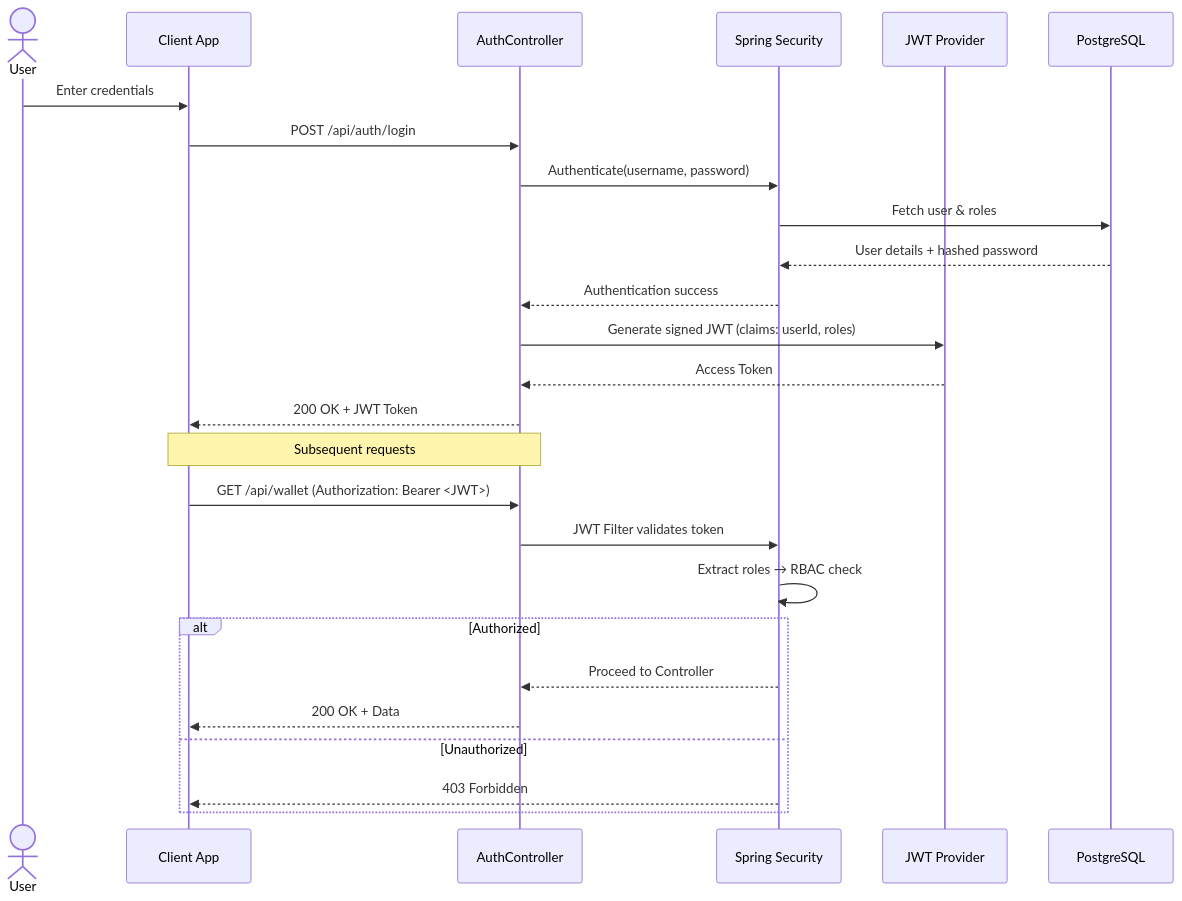
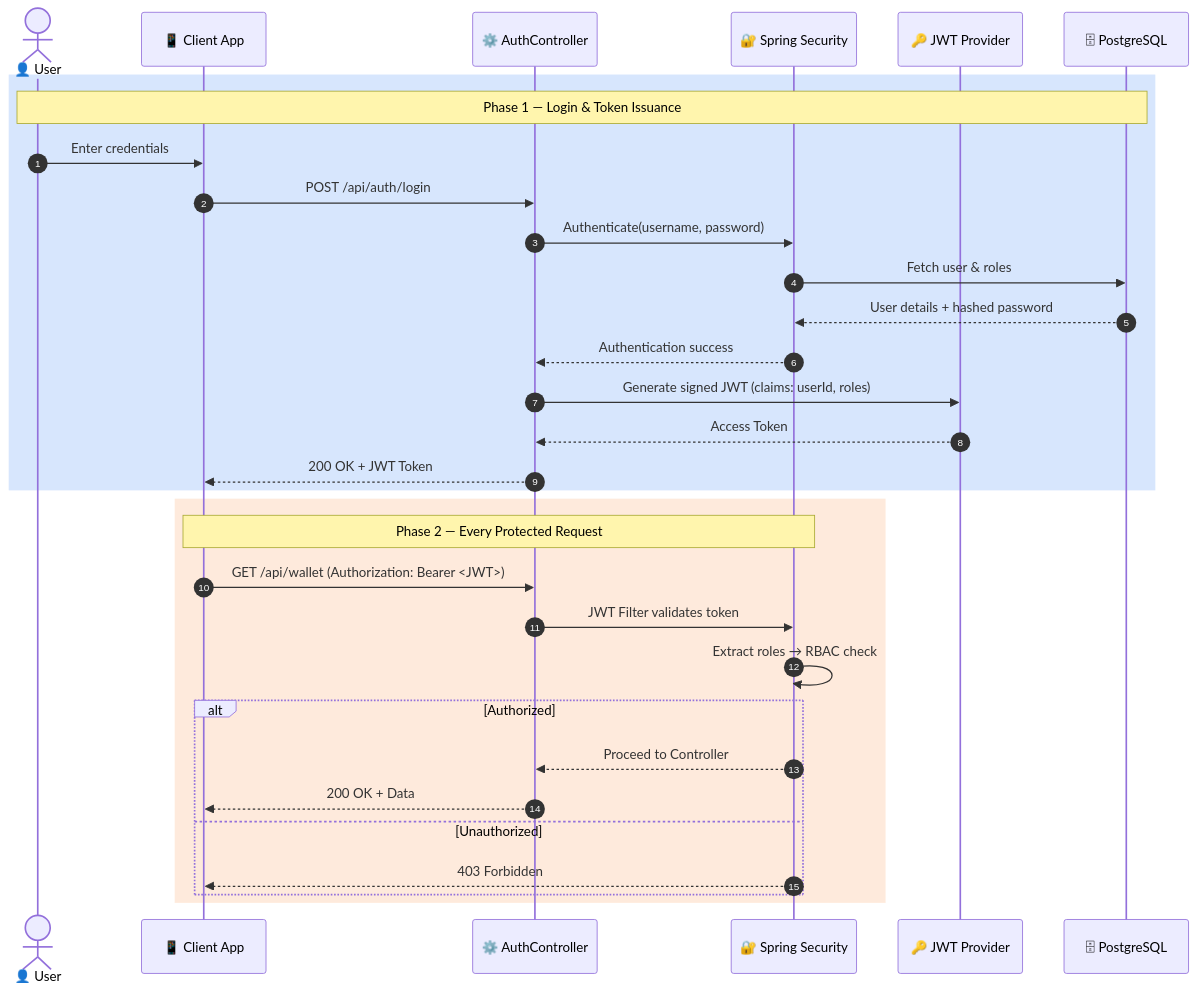
One commit to VASUSINH/PayMoney changed the second of 9 diagrams in ReadMe.md. Above: the diagram before and after it, drawn with Mermaid. The commit also changed other lines of this file, not shown here.

````diff
--- a/ReadMe.md
+++ b/ReadMe.md
@@ -155,30 +152,36 @@
 ```mermaid
 sequenceDiagram
-    actor U as User
-    participant C as Client App
-    participant AC as AuthController
-    participant SS as Spring Security
-    participant JWT as JWT Provider
-    participant DB as PostgreSQL
+    autonumber
+    actor U as 👤 User
+    participant C as 📱 Client App
+    participant AC as ⚙️ AuthController
+    participant SS as 🔐 Spring Security
+    participant JWT as 🔑 JWT Provider
+    participant DB as 🗄 PostgreSQL
 
+    rect rgb(59,130,246,0.2)
+    Note over U,DB: Phase 1 — Login & Token Issuance
     U->>C: Enter credentials
     C->>AC: POST /api/auth/login
     AC->>SS: Authenticate(username, password)
     SS->>DB: Fetch user & roles
     DB-->>SS: User details + hashed password
     SS-->>AC: Authentication success
     AC->>JWT: Generate signed JWT (claims: userId, roles)
     JWT-->>AC: Access Token
     AC-->>C: 200 OK + JWT Token
+    end
 
-    Note over C,AC: Subsequent requests
+    rect rgb(249,115,22,0.15)
+    Note over C,SS: Phase 2 — Every Protected Request
     C->>AC: GET /api/wallet (Authorization: Bearer <JWT>)
     AC->>SS: JWT Filter validates token
     SS->>SS: Extract roles → RBAC check
     alt Authorized
         SS-->>AC: Proceed to Controller
         AC-->>C: 200 OK + Data
     else Unauthorized
         SS-->>C: 403 Forbidden
     end
+    end
 ```
````
